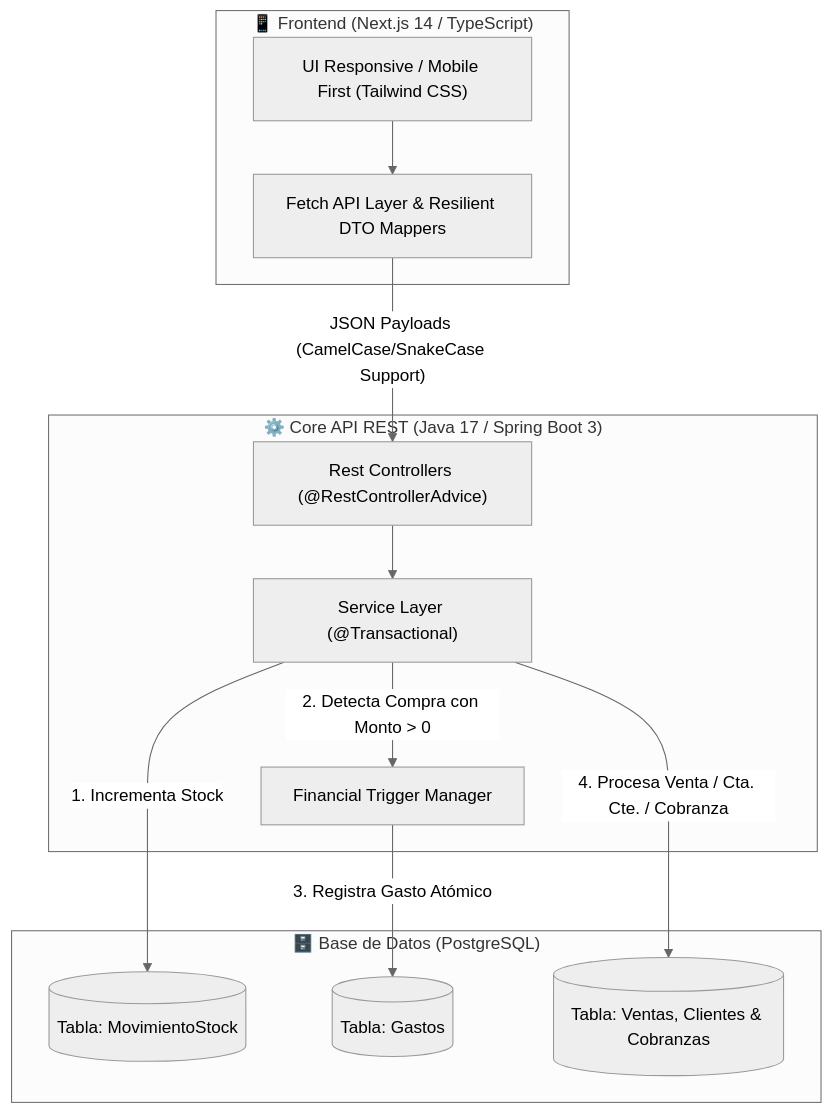
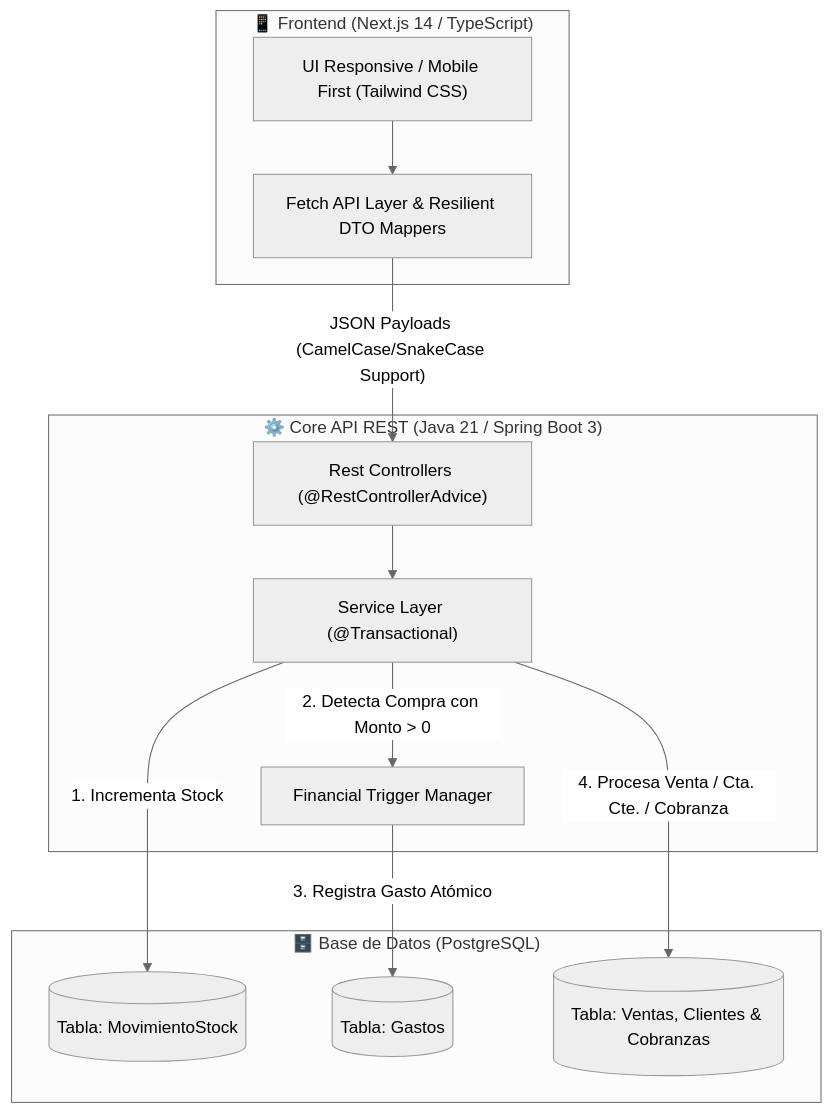
Before and after one commit to Mateoc63/distriroma-erp-showcase: the diagram in README.md, drawn with Mermaid (neutral theme). The commit also changed other lines of this file, not shown here.

First line of the commit message:
Update Java version and add confidentiality note

````diff
--- a/README.md
+++ b/README.md
@@ -82,30 +82,30 @@
 ```mermaid
 flowchart TD
     subgraph ClientLayer["📱 Frontend (Next.js 14 / TypeScript)"]
         UI["UI Responsive / Mobile First (Tailwind CSS)"]
         Services["Fetch API Layer & Resilient DTO Mappers"]
     end
 
-    subgraph BackendLayer["⚙️ Core API REST (Java 17 / Spring Boot 3)"]
+    subgraph BackendLayer["⚙️ Core API REST (Java 21 / Spring Boot 3)"]
         Controller["Rest Controllers (@RestControllerAdvice)"]
         Service["Service Layer (@Transactional)"]
         Trigger["Financial Trigger Manager"]
     end
 
     subgraph StorageLayer["🗄️ Base de Datos (PostgreSQL)"]
         DB_Stock[("Tabla: MovimientoStock")]
         DB_Gasto[("Tabla: Gastos")]
         DB_Venta[("Tabla: Ventas, Clientes & Cobranzas")]
     end
 
     %% Flow
     UI --> Services
     Services -->|"JSON Payloads (CamelCase/SnakeCase Support)"| Controller
     Controller --> Service
     
     Service -->|"1. Incrementa Stock"| DB_Stock
     Service -->|"2. Detecta Compra con Monto > 0"| Trigger
     Trigger -->|"3. Registra Gasto Atómico"| DB_Gasto
     
     Service -->|"4. Procesa Venta / Cta. Cte. / Cobranza"| DB_Venta
 ```
````
